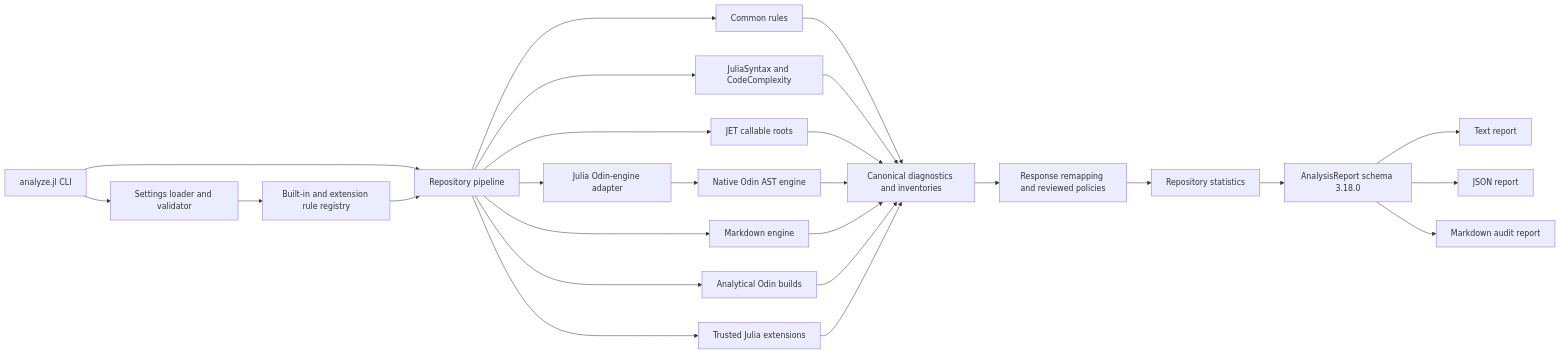
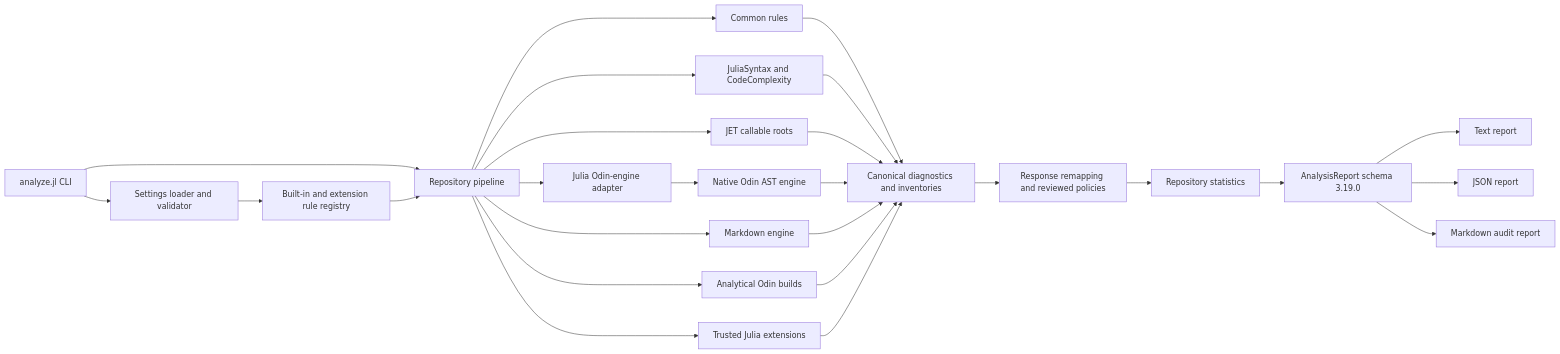
One commit to derekshoneycutt/OdinJuliaAnalysis changed the first of 4 diagrams in README.md. Above: the diagram before and after it, drawn with Mermaid. The commit also changed other lines of this file and 17 other files, not shown here.

````diff
--- a/README.md
+++ b/README.md
@@ -148,31 +150,31 @@
 ```mermaid
 flowchart LR
     CLI[analyze.jl CLI] --> Settings[Settings loader and validator]
     CLI --> Pipeline[Repository pipeline]
     Settings --> Registry[Built-in and extension rule registry]
     Registry --> Pipeline
 
     Pipeline --> Common[Common rules]
     Pipeline --> Julia[JuliaSyntax and CodeComplexity]
     Pipeline --> JET[JET callable roots]
     Pipeline --> OdinBridge[Julia Odin-engine adapter]
     OdinBridge --> OdinNative[Native Odin AST engine]
     Pipeline --> Markdown[Markdown engine]
     Pipeline --> Builds[Analytical Odin builds]
     Pipeline --> Extensions[Trusted Julia extensions]
 
     Common --> Model[Canonical diagnostics and inventories]
     Julia --> Model
     JET --> Model
     OdinNative --> Model
     Markdown --> Model
     Builds --> Model
     Extensions --> Model
 
     Model --> Policy[Response remapping and reviewed policies]
     Policy --> Statistics[Repository statistics]
-    Statistics --> Report[AnalysisReport schema 3.18.0]
+    Statistics --> Report[AnalysisReport schema 3.19.0]
     Report --> Text[Text report]
     Report --> JSON[JSON report]
     Report --> MD[Markdown audit report]
 ```
````
